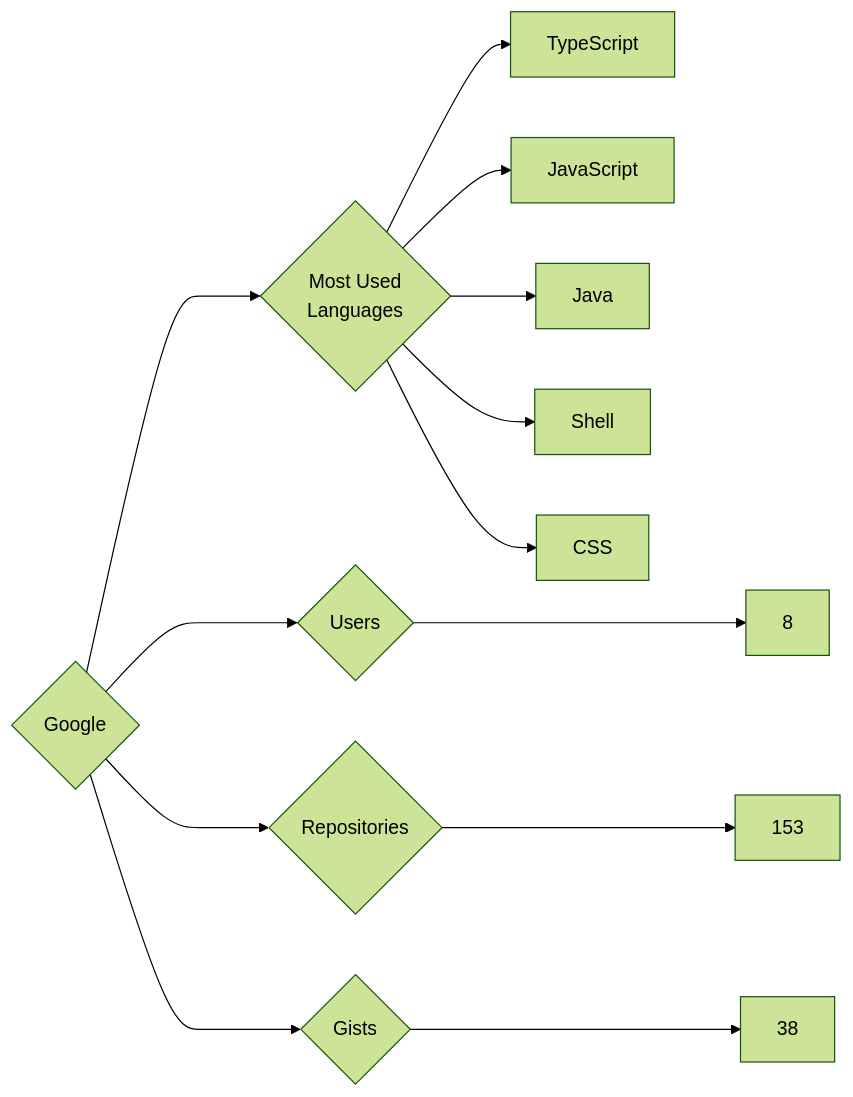
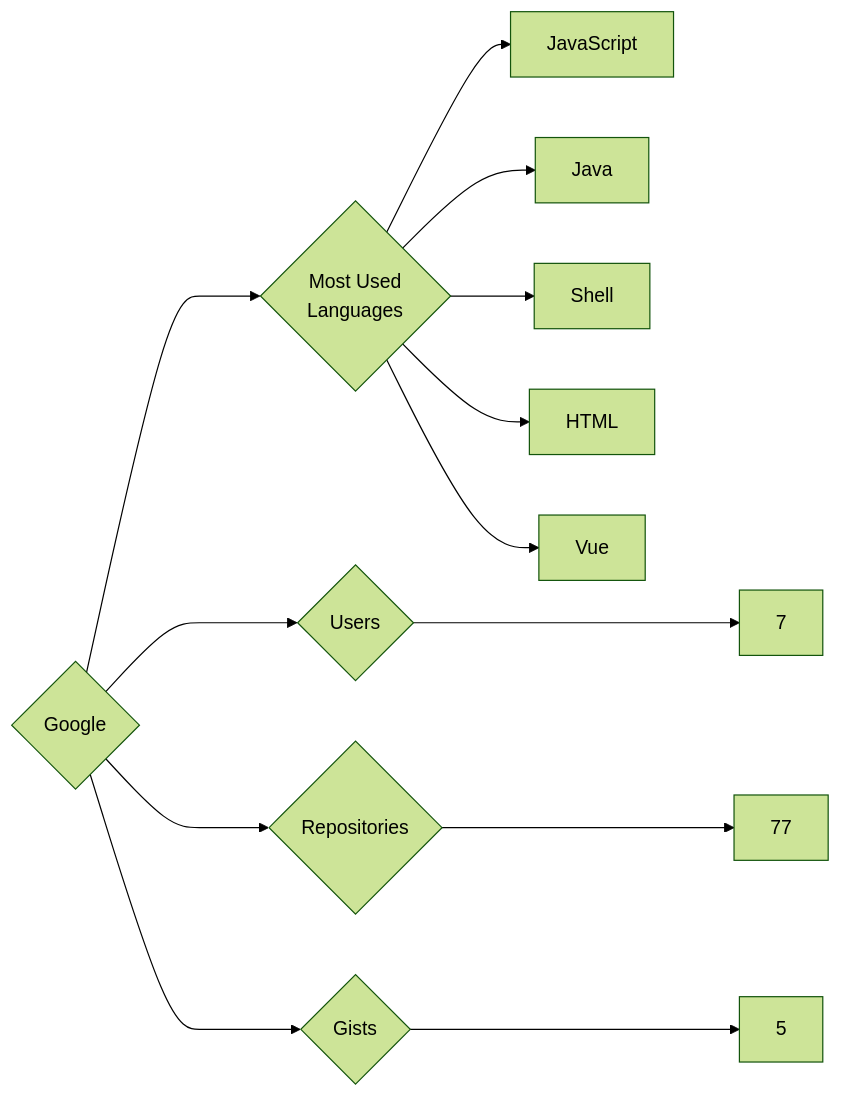
One commit to trickest/insiders changed the diagram in targets/Google/README.md. Above: the diagram before and after it, drawn with Mermaid (forest theme). The commit also changed 783 other files, not shown here.

````diff
--- a/targets/Google/README.md
+++ b/targets/Google/README.md
@@ -3,13 +3,13 @@
 ```mermaid
 graph LR
 COMPANY_NAME{Google}
-COMPANY_NAME ---> U{Users} ---> UN[8]
-COMPANY_NAME ---> R{Repositories} ---> RN[153]
-COMPANY_NAME ---> G{Gists} ---> GN[38]
+COMPANY_NAME ---> U{Users} ---> UN[7]
+COMPANY_NAME ---> R{Repositories} ---> RN[77]
+COMPANY_NAME ---> G{Gists} ---> GN[5]
 COMPANY_NAME ---> ML{Most Used<br>Languages}
-ML --> TypeScript[TypeScript]
 ML --> JavaScript[JavaScript]
 ML --> Java[Java]
 ML --> Shell[Shell]
-ML --> CSS[CSS]
+ML --> HTML[HTML]
+ML --> Vue[Vue]
 ```
````
